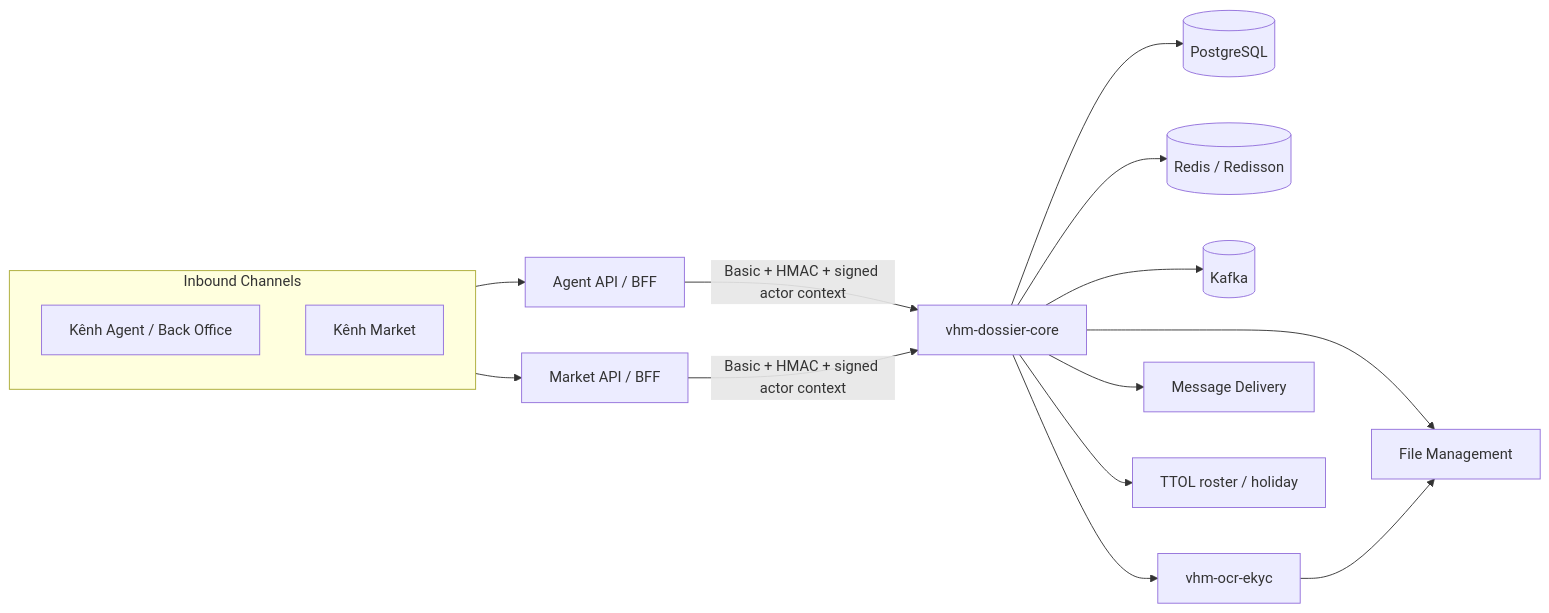
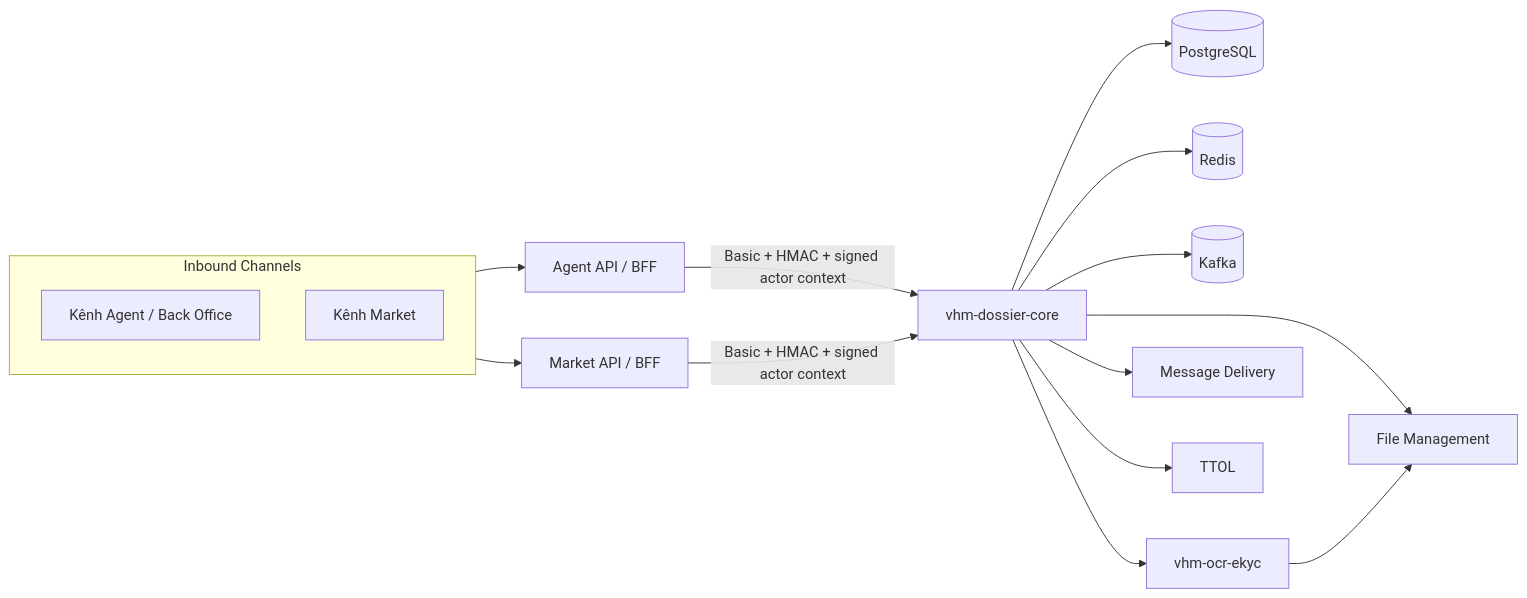
Before and after one commit to huynv-xyz/vhm: the first of 8 diagrams in tdd-dossier.md, drawn with Mermaid. The commit also changed other lines of this file, not shown here.

````diff
--- a/tdd-dossier.md
+++ b/tdd-dossier.md
@@ -184,20 +184,20 @@
 ```mermaid
 flowchart LR
     subgraph Channels[Inbound Channels]
         direction TB
         AgentChannel[Kênh Agent / Back Office]
         MarketChannel[Kênh Market]
     end
     AgentChannel --> AgentAPI[Agent API / BFF]
     MarketChannel --> MarketAPI[Market API / BFF]
     AgentAPI -->|Basic + HMAC + signed actor context| Core[vhm-dossier-core]
     MarketAPI -->|Basic + HMAC + signed actor context| Core
     Core --> PG[(PostgreSQL)]
-    Core --> Redis[(Redis / Redisson)]
+    Core --> Redis[(Redis)]
     Core --> Kafka[(Kafka)]
     Core --> File[File Management]
     Core --> OCR[vhm-ocr-ekyc]
     OCR --> File
     Core --> Msg[Message Delivery]
-    Core --> TTOL[TTOL roster / holiday]
+    Core --> TTOL[TTOL]
 ```
````
